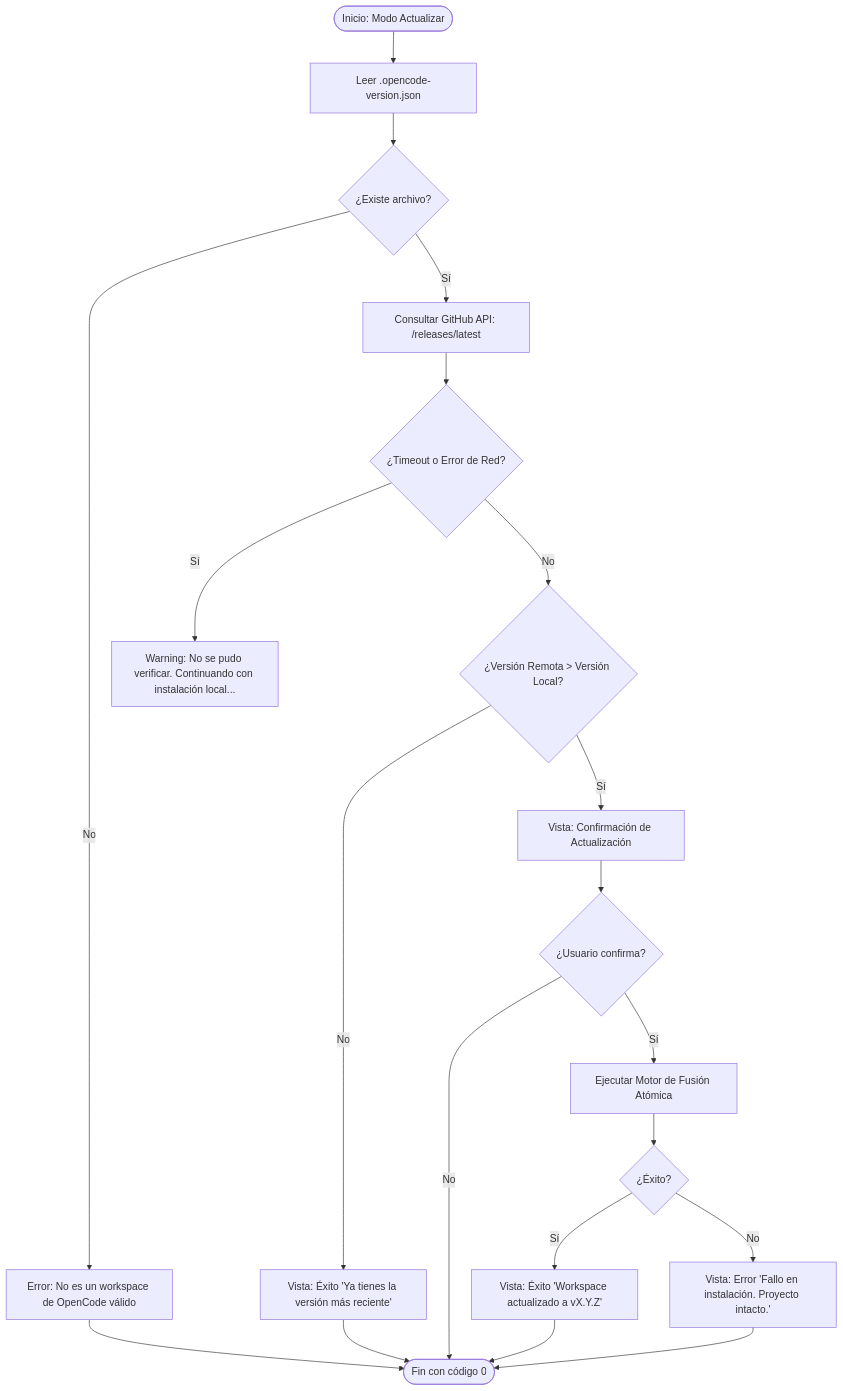
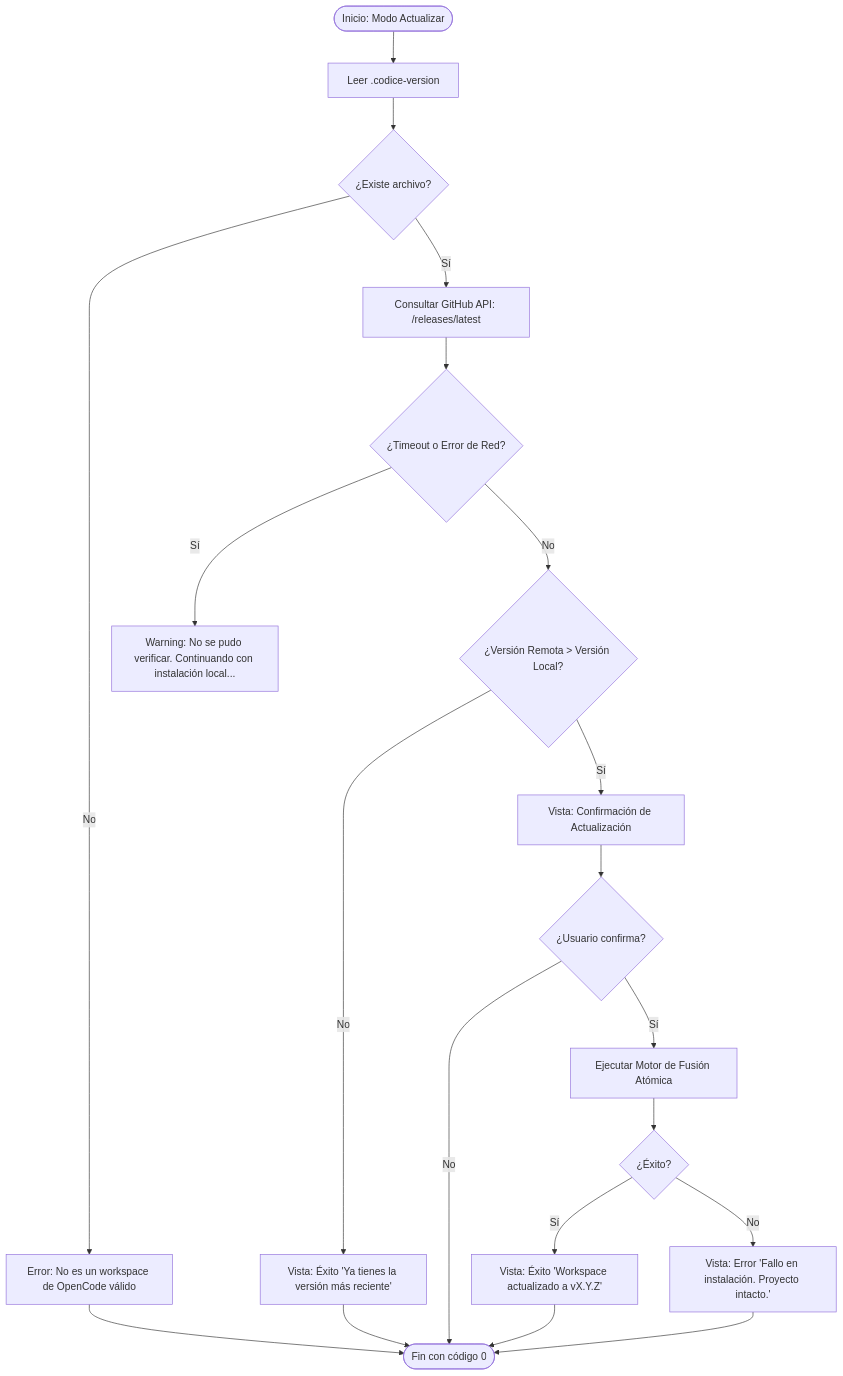
The second of 2 diagrams in docs/APPFLOW.md (Fisherk2/codice-opencode), drawn with Mermaid before and after one commit. The commit also changed other lines of this file and 13 other files, not shown here.

````diff
--- a/docs/APPFLOW.md
+++ b/docs/APPFLOW.md
@@ -27,22 +27,22 @@
 ```mermaid
 graph TD
-    A([Inicio: Modo Actualizar]) --> B[Leer .opencode-version.json]
+    A([Inicio: Modo Actualizar]) --> B[Leer .codice-version]
     B --> C{¿Existe archivo?}
     C -- No --> D[Error: No es un workspace de OpenCode válido]
     D --> Z([Fin con código de error 1])
     C -- Sí --> E[Consultar GitHub API: /releases/latest]
     E --> F{¿Timeout o Error de Red?}
     F -- Sí --> G[Warning: No se pudo verificar. Continuando con instalación local...]
     F -- No --> H{¿Versión Remota > Versión Local?}
     H -- No --> I[Vista: Éxito 'Ya tienes la versión más reciente']
     I --> Z([Fin con código 0])
     H -- Sí --> J[Vista: Confirmación de Actualización]
     J --> K{¿Usuario confirma?}
     K -- No --> Z
     K -- Sí --> L[Ejecutar Motor de Fusión Atómica]
     L --> M{¿Éxito?}
     M -- Sí --> N[Vista: Éxito 'Workspace actualizado a vX.Y.Z']
     M -- No --> O[Vista: Error 'Fallo en instalación. Proyecto intacto.']
     N --> Z
     O --> Z
 ```
````
